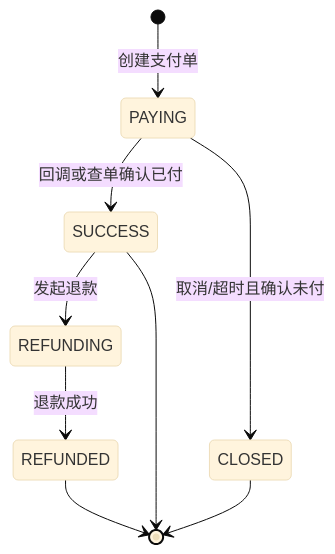
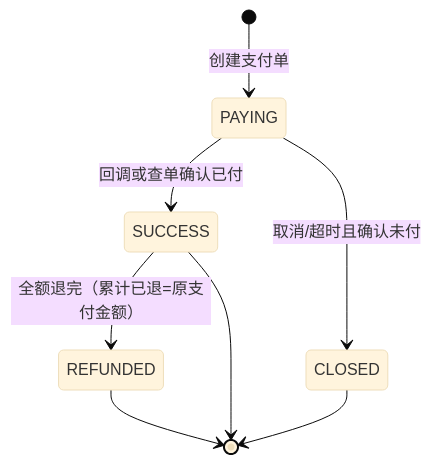
One commit to jv-morningGlory/- changed the second of 10 diagrams in Java/Spring/场景题/支付系统/user-order-payment-status.md. Above: the diagram before and after it, drawn with Mermaid (base theme). The commit also changed other lines of this file, not shown here.

````diff
--- a/Java/Spring/场景题/支付系统/user-order-payment-status.md
+++ b/Java/Spring/场景题/支付系统/user-order-payment-status.md
@@ -79,11 +53,10 @@
 ```mermaid
 stateDiagram-v2
     [*] --> PAYING: 创建支付单
     PAYING --> SUCCESS: 回调或查单确认已付
     PAYING --> CLOSED: 取消/超时且确认未付
-    SUCCESS --> REFUNDING: 发起退款
-    REFUNDING --> REFUNDED: 退款成功
+    SUCCESS --> REFUNDED: 全额退完（累计已退=原支付金额）
     SUCCESS --> [*]
     CLOSED --> [*]
     REFUNDED --> [*]
 ```
````
